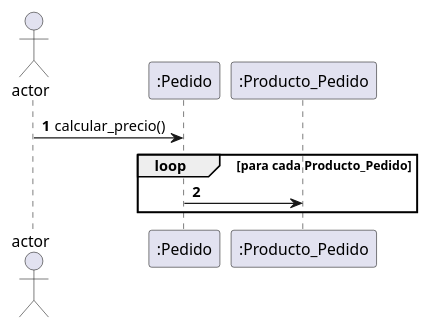
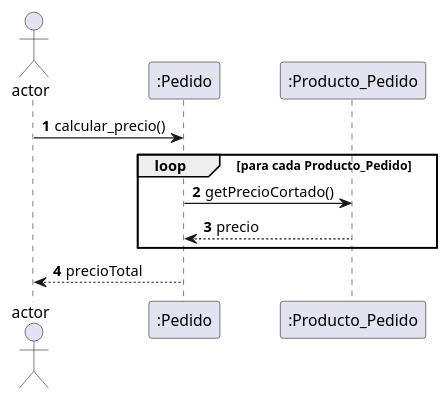
One commit to TheoMiguel/POS-Inventory_deliveryDeQuesosCABA changed the diagram in Resources/Diagrams/Secuencia/calculoElPrecioDeUnPedido.puml. Above: the diagram before and after it, drawn with PlantUML.

Commit message:
nuevos DS cortar y calcular precio

```diff
--- a/Resources/Diagrams/Secuencia/calculoElPrecioDeUnPedido.puml
+++ b/Resources/Diagrams/Secuencia/calculoElPrecioDeUnPedido.puml
@@ -1,14 +1,16 @@
 @startuml
 'https://plantuml.com/sequence-diagram
 
 autonumber
 
 actor actor
 
 
 actor -> ":Pedido" as pedido: calcular_precio()
 loop para cada Producto_Pedido
-    pedido ->":Producto_Pedido" as producto:
+    pedido ->":Producto_Pedido" as producto: getPrecioCortado()
+    producto --> pedido : precio
+
 end
-
+pedido --> actor : precioTotal
 @enduml
```
